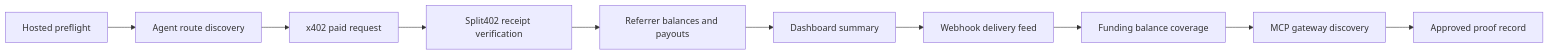
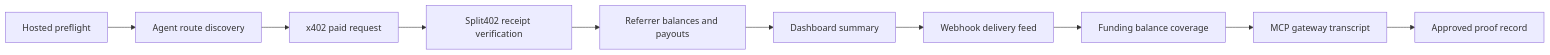
One commit to split402protocol/splitx402 changed the diagram in docs/runbooks/phase7-staging-proof.md. Above: the diagram before and after it, drawn with Mermaid. The commit also changed other lines of this file and 7 other files, not shown here.

Commit message:
Capture MCP gateway execution evidence

````diff
--- a/docs/runbooks/phase7-staging-proof.md
+++ b/docs/runbooks/phase7-staging-proof.md
@@ -63,23 +69,23 @@
 ```mermaid
 flowchart LR
   Preflight["Hosted preflight"]
   Discovery["Agent route discovery"]
   Payment["x402 paid request"]
   Receipt["Split402 receipt verification"]
   Earnings["Referrer balances and payouts"]
   Dashboard["Dashboard summary"]
   Webhooks["Webhook delivery feed"]
   Funding["Funding balance coverage"]
-  Mcp["MCP gateway discovery"]
+  Mcp["MCP gateway transcript"]
   Approval["Approved proof record"]
 
   Preflight --> Discovery
   Discovery --> Payment
   Payment --> Receipt
   Receipt --> Earnings
   Earnings --> Dashboard
   Dashboard --> Webhooks
   Webhooks --> Funding
   Funding --> Mcp
   Mcp --> Approval
 ```
````
